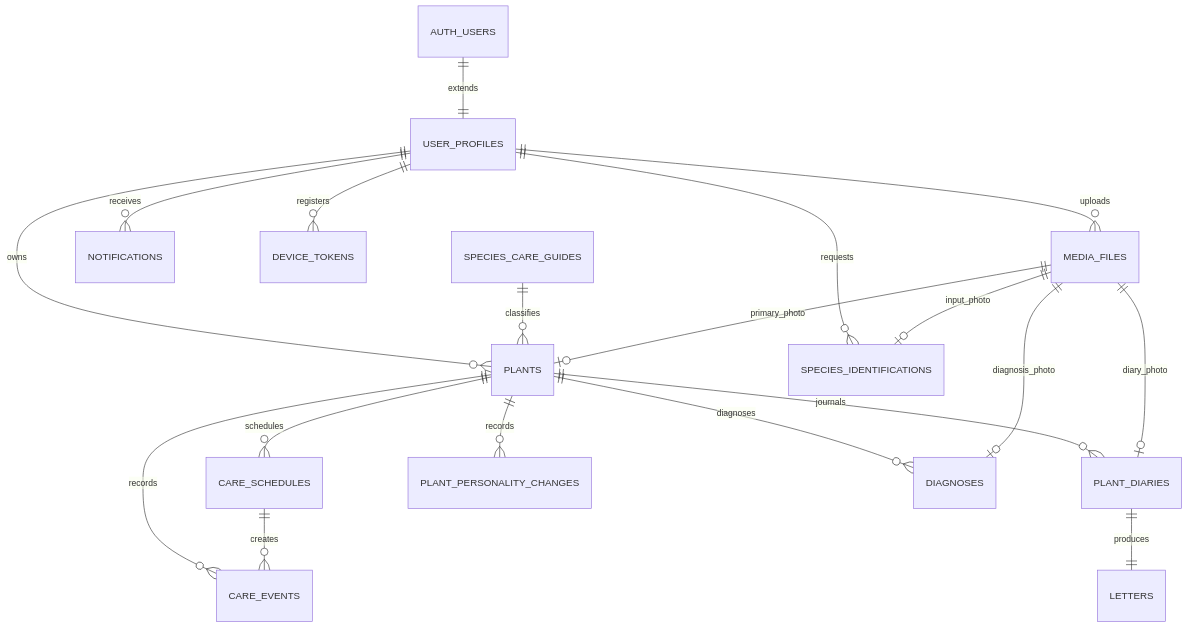
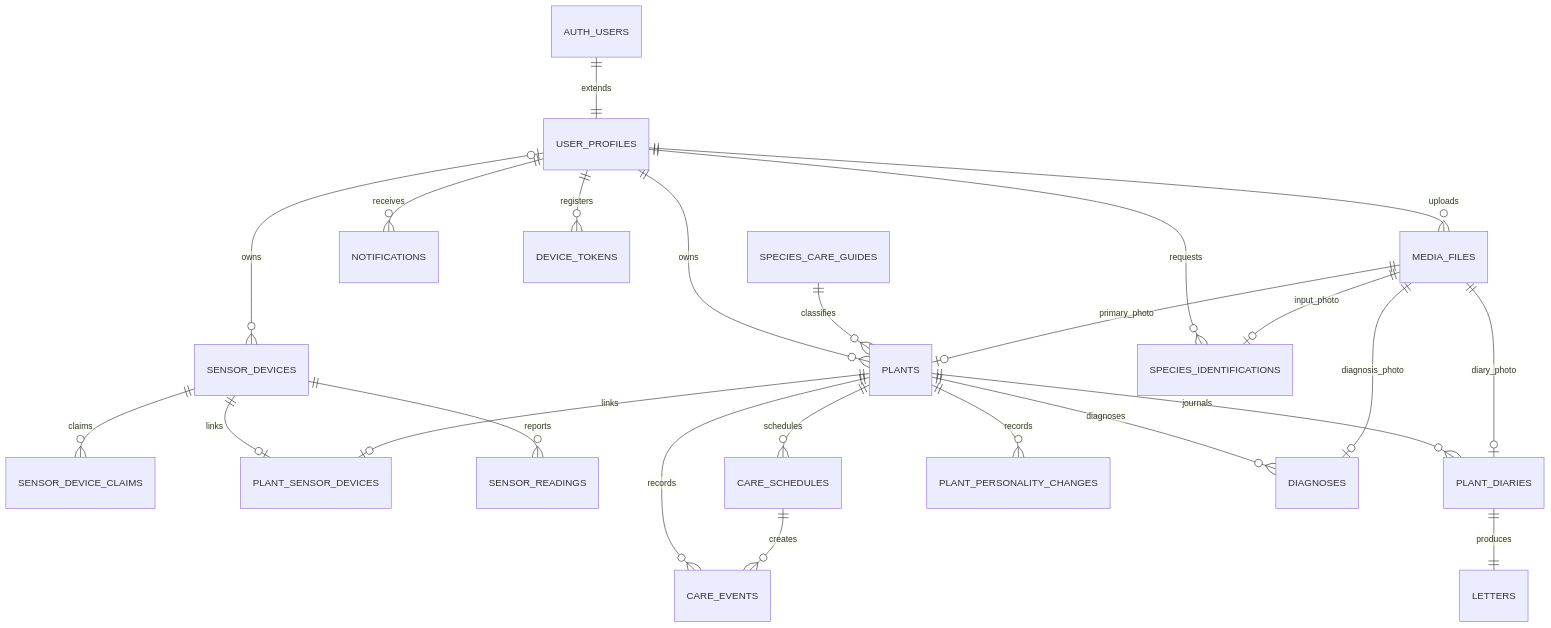
Before and after one commit to YuEngMe/Leafie: the diagram in docs/erd.md, drawn with Mermaid. The commit also changed other lines of this file and 9 other files, not shown here.

````diff
--- a/docs/erd.md
+++ b/docs/erd.md
@@ -11,21 +12,26 @@
 ```mermaid
 erDiagram
     AUTH_USERS ||--|| USER_PROFILES : extends
     USER_PROFILES ||--o{ PLANTS : owns
     USER_PROFILES ||--o{ MEDIA_FILES : uploads
     USER_PROFILES ||--o{ NOTIFICATIONS : receives
     USER_PROFILES ||--o{ DEVICE_TOKENS : registers
+    USER_PROFILES |o--o{ SENSOR_DEVICES : owns
+    SENSOR_DEVICES ||--o{ SENSOR_DEVICE_CLAIMS : claims
+    SENSOR_DEVICES ||--o| PLANT_SENSOR_DEVICES : links
+    PLANTS ||--o| PLANT_SENSOR_DEVICES : links
+    SENSOR_DEVICES ||--o{ SENSOR_READINGS : reports
     SPECIES_CARE_GUIDES ||--o{ PLANTS : classifies
     PLANTS ||--o{ CARE_SCHEDULES : schedules
     PLANTS ||--o{ CARE_EVENTS : records
     CARE_SCHEDULES ||--o{ CARE_EVENTS : creates
     PLANTS ||--o{ PLANT_DIARIES : journals
     PLANTS ||--o{ PLANT_PERSONALITY_CHANGES : records
     PLANT_DIARIES ||--|| LETTERS : produces
     PLANTS ||--o{ DIAGNOSES : diagnoses
     USER_PROFILES ||--o{ SPECIES_IDENTIFICATIONS : requests
     MEDIA_FILES ||--o| PLANTS : primary_photo
     MEDIA_FILES ||--o| PLANT_DIARIES : diary_photo
     MEDIA_FILES ||--o| DIAGNOSES : diagnosis_photo
     MEDIA_FILES ||--o| SPECIES_IDENTIFICATIONS : input_photo
 ```
````
